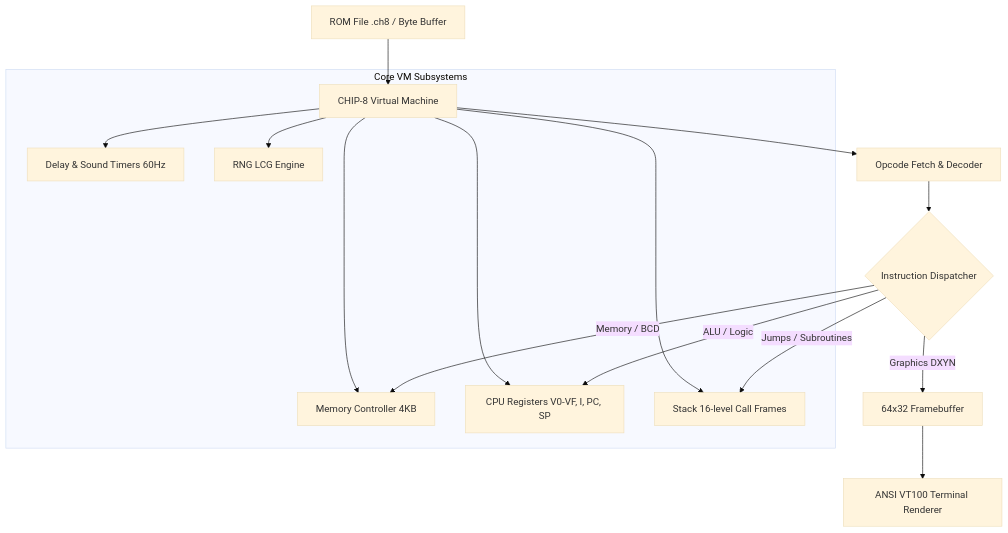
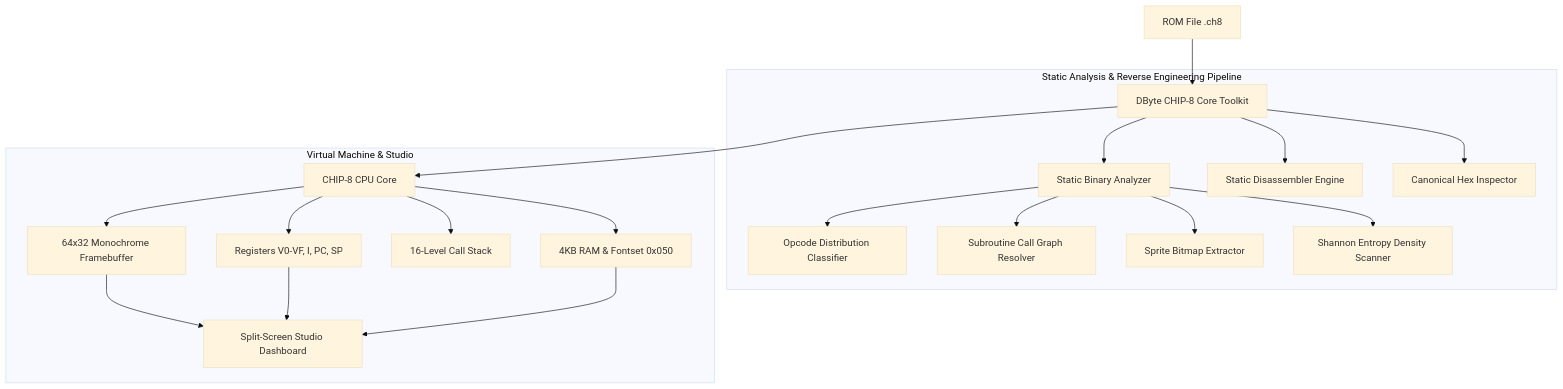
One commit to redcubessockers/dbyte-chip8-emulator changed the diagram in README.md. Above: the diagram before and after it, drawn with Mermaid (base theme). The commit also changed other lines of this file, not shown here.

````diff
--- a/README.md
+++ b/README.md
@@ -29,22 +45,26 @@
 ```mermaid
 graph TD
-    A[ROM File .ch8 / Byte Buffer] --> B[CHIP-8 Virtual Machine]
-    
-    subgraph "Core VM Subsystems"
-        B --> C[Memory Controller 4KB]
-        B --> D[CPU Registers V0-VF, I, PC, SP]
-        B --> E[Stack 16-level Call Frames]
-        B --> F[Delay & Sound Timers 60Hz]
-        B --> G[RNG LCG Engine]
+    A[ROM File .ch8] --> B[DByte CHIP-8 Core Toolkit]
+
+    subgraph "Static Analysis & Reverse Engineering Pipeline"
+        B --> C[Static Binary Analyzer]
+        C --> D[Opcode Distribution Classifier]
+        C --> E[Subroutine Call Graph Resolver]
+        C --> F[Sprite Bitmap Extractor]
+        C --> G[Shannon Entropy Density Scanner]
+        B --> H[Static Disassembler Engine]
+        B --> I[Canonical Hex Inspector]
     end
 
-    B --> H[Opcode Fetch & Decoder]
-    H --> I{Instruction Dispatcher}
-    
-    I -->|ALU / Logic| D
-    I -->|Memory / BCD| C
-    I -->|Jumps / Subroutines| E
-    I -->|Graphics DXYN| J[64x32 Framebuffer]
-    
-    J --> K[ANSI VT100 Terminal Renderer]
+    subgraph "Virtual Machine & Studio"
+        B --> J[CHIP-8 CPU Core]
+        J --> K[4KB RAM & Fontset 0x050]
+        J --> L[Registers V0-VF, I, PC, SP]
+        J --> M[16-Level Call Stack]
+        J --> N[64x32 Monochrome Framebuffer]
+        
+        N --> O[Split-Screen Studio Dashboard]
+        L --> O
+        K --> O
+    end
 ```
````
